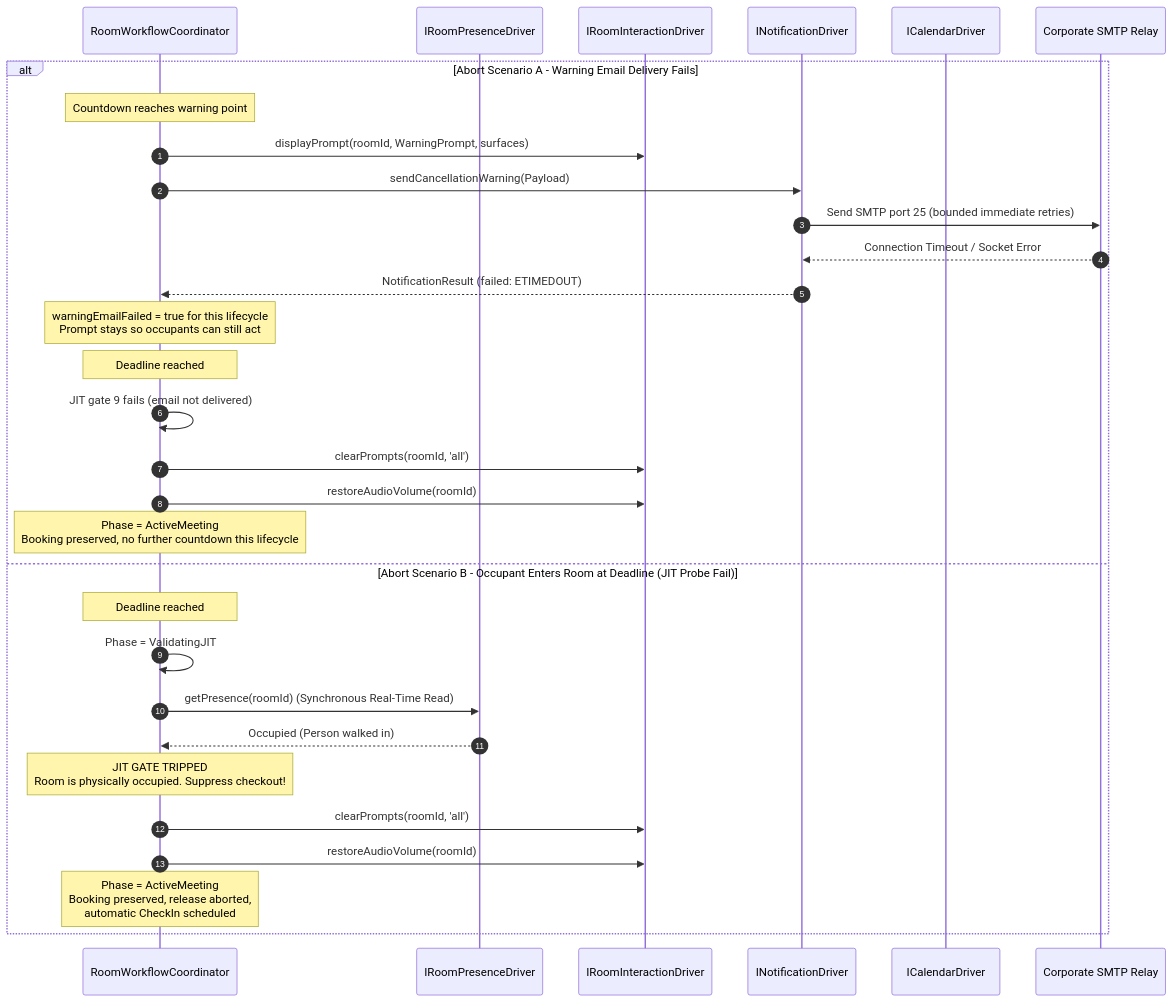
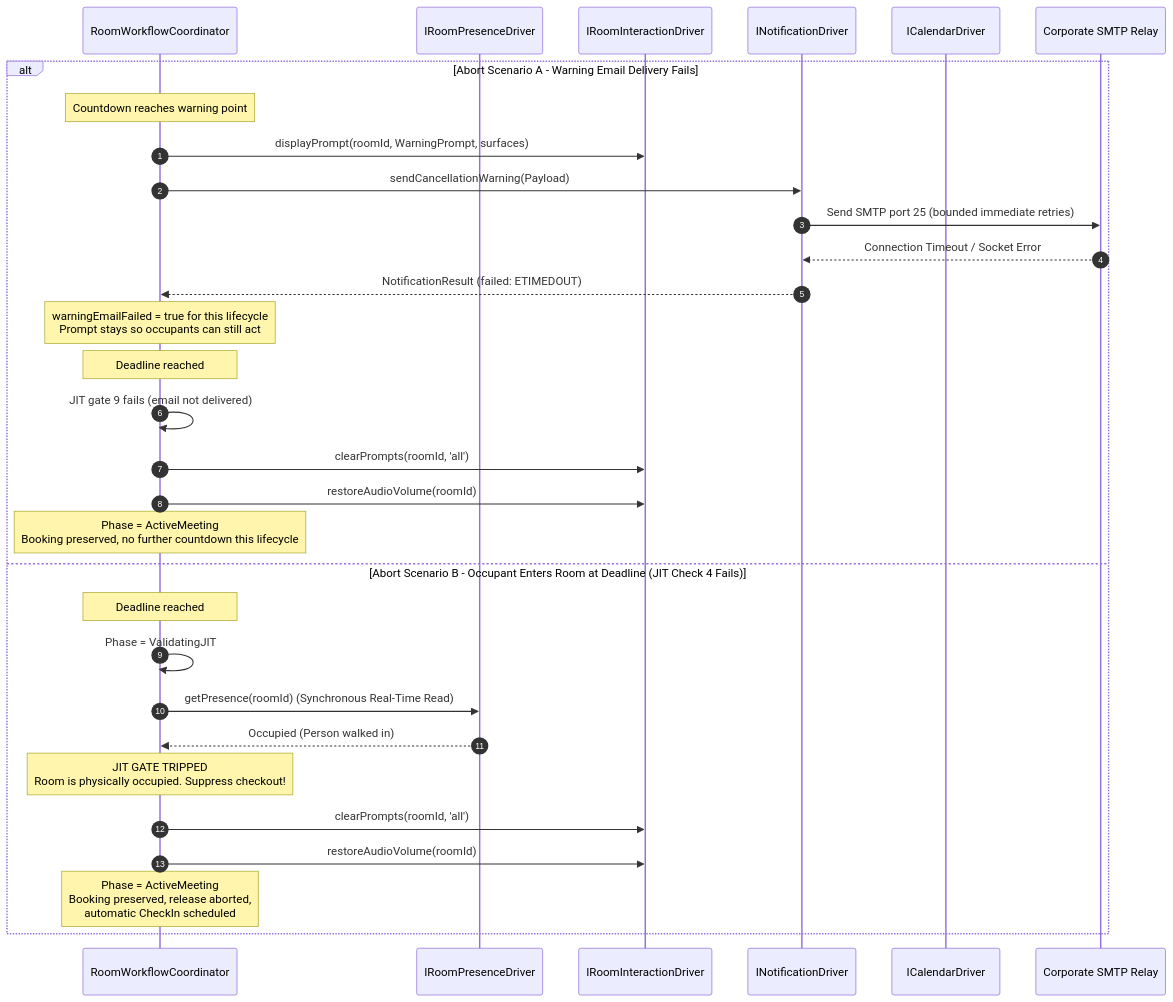
One commit to oscarpe979/vc-booking-autocancellation changed the third of 3 diagrams in service/docs/ServiceLowLevelDesign.md. Above: the diagram before and after it, drawn with Mermaid. The commit also changed other lines of this file and 5 other files, not shown here.

````diff
--- a/service/docs/ServiceLowLevelDesign.md
+++ b/service/docs/ServiceLowLevelDesign.md
@@ -564,34 +608,34 @@
 ```mermaid
 sequenceDiagram
     autonumber
     participant Coordinator as RoomWorkflowCoordinator
     participant Presence as IRoomPresenceDriver
     participant Interaction as IRoomInteractionDriver
     participant Notify as INotificationDriver
     participant Calendar as ICalendarDriver
     participant Smtp as Corporate SMTP Relay
 
     alt Abort Scenario A - Warning Email Delivery Fails
         Note over Coordinator: Countdown reaches warning point
         Coordinator->>Interaction: displayPrompt(roomId, WarningPrompt, surfaces)
         Coordinator->>Notify: sendCancellationWarning(Payload)
         Notify->>Smtp: Send SMTP port 25 (bounded immediate retries)
         Smtp-->>Notify: Connection Timeout / Socket Error
         Notify-->>Coordinator: NotificationResult (failed: ETIMEDOUT)
         Note over Coordinator: warningEmailFailed = true for this lifecycle<br/>Prompt stays so occupants can still act
         Note over Coordinator: Deadline reached
         Coordinator->>Coordinator: JIT gate 9 fails (email not delivered)
         Coordinator->>Interaction: clearPrompts(roomId, 'all')
         Coordinator->>Interaction: restoreAudioVolume(roomId)
         Note over Coordinator: Phase = ActiveMeeting<br/>Booking preserved, no further countdown this lifecycle
-    else Abort Scenario B - Occupant Enters Room at Deadline (JIT Probe Fail)
+    else Abort Scenario B - Occupant Enters Room at Deadline (JIT Check 4 Fails)
         Note over Coordinator: Deadline reached
         Coordinator->>Coordinator: Phase = ValidatingJIT
         Coordinator->>Presence: getPresence(roomId) (Synchronous Real-Time Read)
         Presence-->>Coordinator: Occupied (Person walked in)
         Note over Coordinator: JIT GATE TRIPPED<br/>Room is physically occupied. Suppress checkout!
         Coordinator->>Interaction: clearPrompts(roomId, 'all')
         Coordinator->>Interaction: restoreAudioVolume(roomId)
         Note over Coordinator: Phase = ActiveMeeting<br/>Booking preserved, release aborted,<br/>automatic CheckIn scheduled
     end
 ```
````
